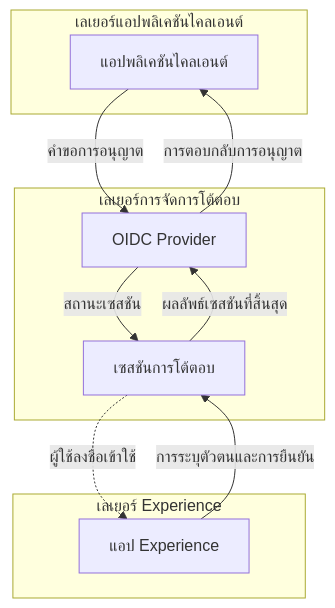
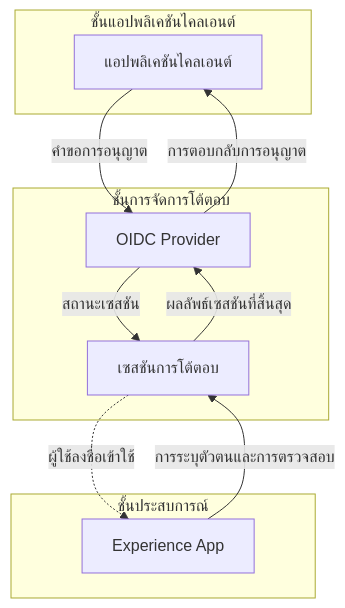
The second of 2 diagrams in i18n/th/docusaurus-plugin-content-docs/current/end-user-flows/sign-up-and-sign-in/README.mdx (logto-io/docs), drawn with Mermaid before and after one commit. The commit also changed other lines of this file and 145 other files, not shown here.

````diff
--- a/i18n/th/docusaurus-plugin-content-docs/current/end-user-flows/sign-up-and-sign-in/README.mdx
+++ b/i18n/th/docusaurus-plugin-content-docs/current/end-user-flows/sign-up-and-sign-in/README.mdx
@@ -47,24 +47,24 @@
 ```mermaid
 flowchart TD
   %% Layers
-  subgraph Layer1 [เลเยอร์แอปพลิเคชันไคลเอนต์]
+  subgraph Layer1 [ชั้นแอปพลิเคชันไคลเอนต์]
       A[แอปพลิเคชันไคลเอนต์]
   end
 
-  subgraph Layer2 [เลเยอร์การจัดการโต้ตอบ]
+  subgraph Layer2 [ชั้นการจัดการโต้ตอบ]
       B[OIDC Provider]
       C[เซสชันการโต้ตอบ]
   end
 
-  subgraph Layer3 [เลเยอร์ Experience]
-      D[แอป Experience]
+  subgraph Layer3 [ชั้นประสบการณ์]
+      D[Experience App]
   end
 
   %% Connections
   A --> |คำขอการอนุญาต| B
   B --> |สถานะเซสชัน| C
   C -.-> |ผู้ใช้ลงชื่อเข้าใช้| D
-  D --> |การระบุตัวตนและการยืนยัน| C
+  D --> |การระบุตัวตนและการตรวจสอบ| C
   C --> |ผลลัพธ์เซสชันที่สิ้นสุด| B
   B --> |การตอบกลับการอนุญาต| A
 ```
````
